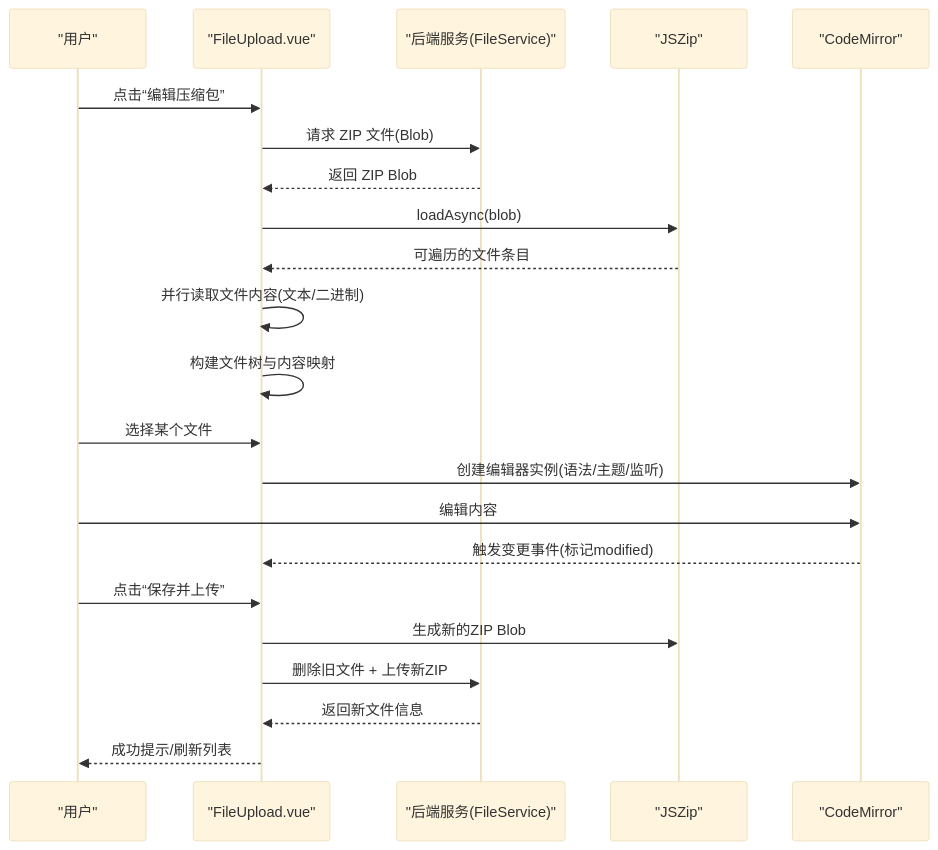
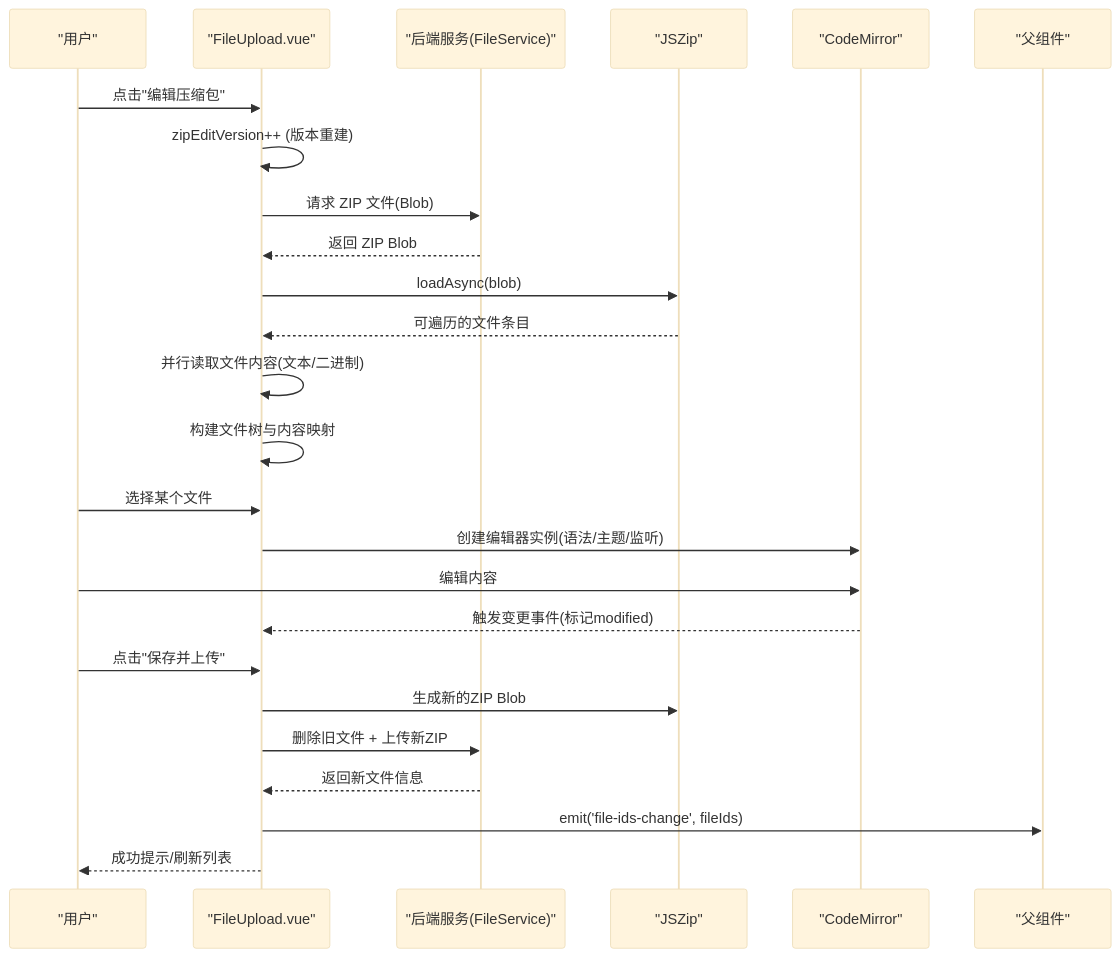
Before and after one commit to junkai-li/NetCoreKevin: the second of 9 diagrams in .qoder/repowiki/zh/content/前端架构/组件设计/文件上传组件/压缩包编辑功能.md, drawn with Mermaid (base theme). The commit also changed other lines of this file and 42 other files, not shown here.

````diff
--- a/.qoder/repowiki/zh/content/前端架构/组件设计/文件上传组件/压缩包编辑功能.md
+++ b/.qoder/repowiki/zh/content/前端架构/组件设计/文件上传组件/压缩包编辑功能.md
@@ -79,24 +99,27 @@
 ```mermaid
 sequenceDiagram
 participant U as "用户"
 participant C as "FileUpload.vue"
 participant S as "后端服务(FileService)"
 participant Z as "JSZip"
 participant E as "CodeMirror"
-U->>C : 点击“编辑压缩包”
+participant P as "父组件"
+U->>C : 点击"编辑压缩包"
+C->>C : zipEditVersion++ (版本重建)
 C->>S : 请求 ZIP 文件(Blob)
 S-->>C : 返回 ZIP Blob
 C->>Z : loadAsync(blob)
 Z-->>C : 可遍历的文件条目
 C->>C : 并行读取文件内容(文本/二进制)
 C->>C : 构建文件树与内容映射
 U->>C : 选择某个文件
 C->>E : 创建编辑器实例(语法/主题/监听)
 U->>E : 编辑内容
 E-->>C : 触发变更事件(标记modified)
-U->>C : 点击“保存并上传”
+U->>C : 点击"保存并上传"
 C->>Z : 生成新的ZIP Blob
 C->>S : 删除旧文件 + 上传新ZIP
 S-->>C : 返回新文件信息
+C->>P : emit('file-ids-change', fileIds)
 C-->>U : 成功提示/刷新列表
 ```
````
